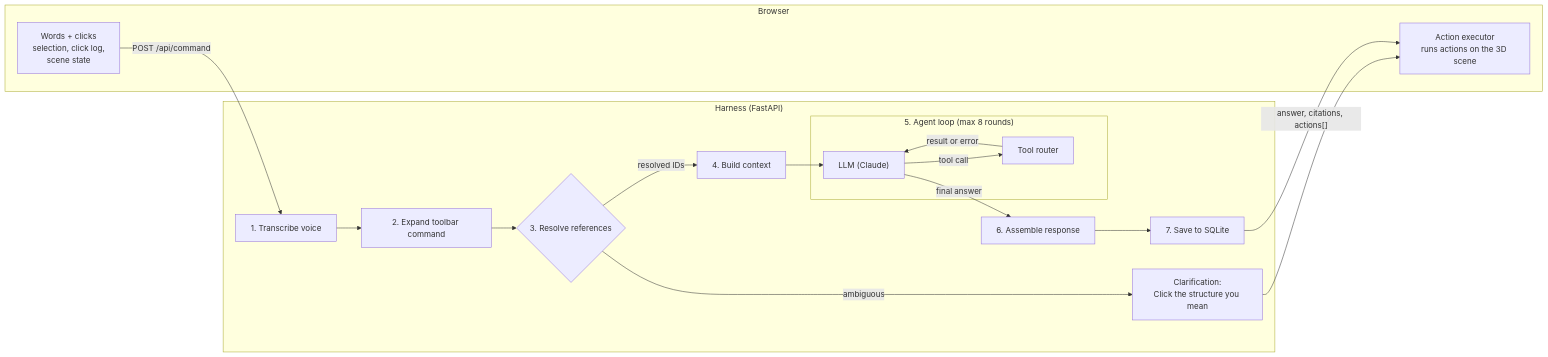
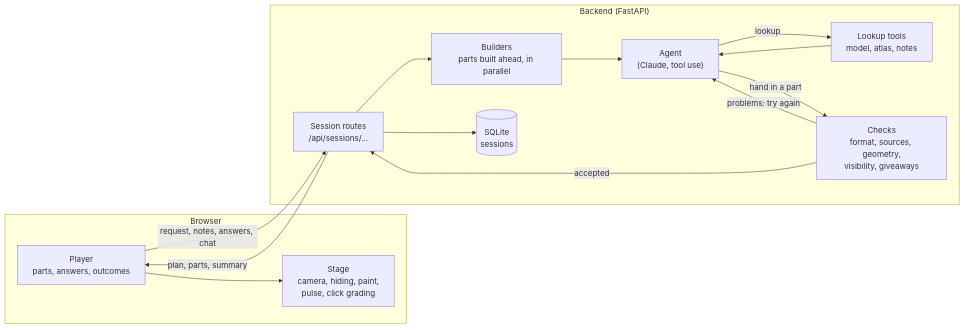
One commit to Saniiyaa59/lumen-anatomy changed the diagram in README.md. Above: the diagram before and after it, drawn with Mermaid. The commit also changed other lines of this file, not shown here.

````diff
--- a/README.md
+++ b/README.md
@@ -30,23 +56,24 @@
 ```mermaid
 flowchart LR
     subgraph Browser
-        A["Words + clicks<br/>selection, click log,<br/>scene state"]
-        X["Action executor<br/>runs actions on the 3D scene"]
+        P["Player<br/>parts, answers, outcomes"]
+        S["Stage<br/>camera, hiding, paint,<br/>pulse, click grading"]
+        P --> S
     end
-    subgraph Harness["Harness (FastAPI)"]
-        S1["1. Transcribe voice"] --> S2["2. Expand toolbar command"]
-        S2 --> S3{"3. Resolve references"}
-        S3 -- ambiguous --> C["Clarification:<br/>Click the structure you mean"]
-        S3 -- resolved IDs --> S4["4. Build context"]
-        S4 --> L
-        subgraph Loop["5. Agent loop (max 8 rounds)"]
-            L["LLM (Claude)"] -- tool call --> T["Tool router"]
-            T -- result or error --> L
-        end
-        L -- final answer --> S6["6. Assemble response"]
-        S6 --> S7["7. Save to SQLite"]
+    subgraph Backend["Backend (FastAPI)"]
+        R["Session routes<br/>/api/sessions/…"]
+        A["Agent<br/>(Claude, tool use)"]
+        T["Lookup tools<br/>model, atlas, notes"]
+        C["Checks<br/>format, sources, geometry,<br/>visibility, giveaways"]
+        B["Builders<br/>parts built ahead, in parallel"]
+        D[("SQLite<br/>sessions")]
+        R --> B --> A
+        A -- lookup --> T --> A
+        A -- hand in a part --> C
+        C -- problems: try again --> A
+        C -- accepted --> R
+        R --> D
     end
-    A -- "POST /api/command" --> S1
-    C --> X
-    S7 -- "answer, citations, actions[]" --> X
+    P -- "request, notes, answers, chat" --> R
+    R -- "plan, parts, summary" --> P
 ```
````
